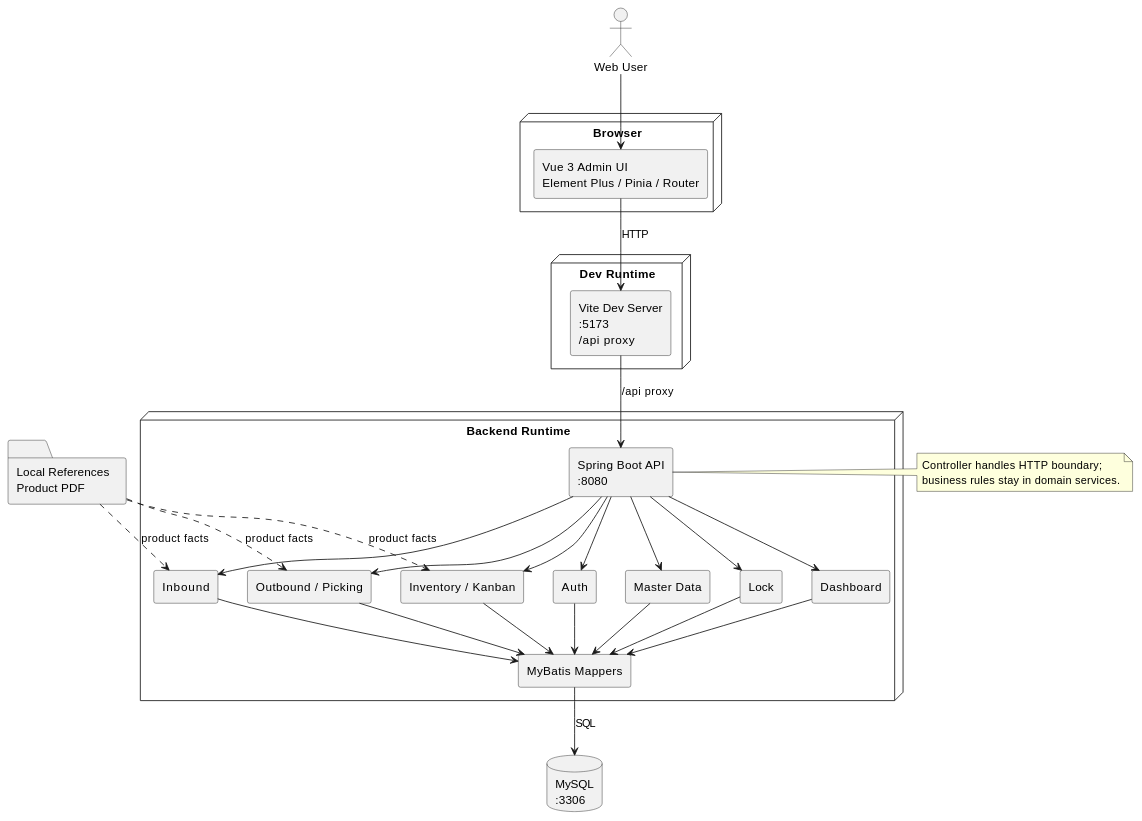
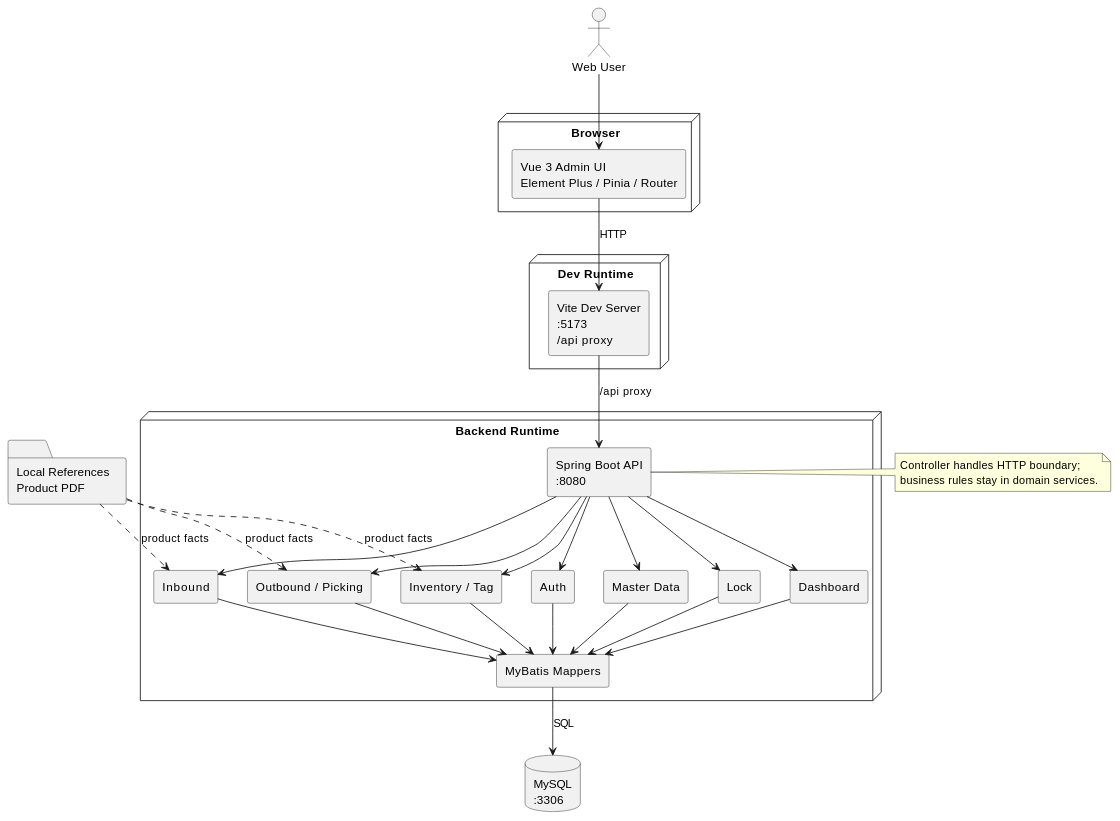
The diagram in ARCHITECTURE.md (mistcoversmyeyes/SCUT-SoftWareDevelopTrain-Main), drawn with PlantUML before and after one commit. The commit also changed other lines of this file and 11 other files, not shown here.

Commit message:
refactor(inventory-tag): remove legacy kanban compatibility

````diff
--- a/ARCHITECTURE.md
+++ b/ARCHITECTURE.md
@@ -64,61 +64,61 @@
 ```plantuml
 @startuml WmsArchitecture
 skinparam componentStyle rectangle
 skinparam shadowing false
 
 actor "Web User" as User
 
 node "Browser" as Browser {
   component "Vue 3 Admin UI\nElement Plus / Pinia / Router" as Frontend
 }
 
 node "Dev Runtime" as DevRuntime {
   component "Vite Dev Server\n:5173\n/api proxy" as Vite
 }
 
 node "Backend Runtime" as BackendRuntime {
   component "Spring Boot API\n:8080" as Api
   component "Auth" as Auth
   component "Master Data" as MasterData
   component "Inbound" as Inbound
   component "Outbound / Picking" as Outbound
   component "Lock" as Lock
-  component "Inventory / Kanban" as Inventory
+  component "Inventory / Tag" as Inventory
   component "Dashboard" as Dashboard
   component "MyBatis Mappers" as Mappers
 }
 
 database "MySQL\n:3306" as MySQL
 folder "Local References\nProduct PDF" as References
 
 User --> Frontend
 Frontend --> Vite : HTTP
 Vite --> Api : /api proxy
 
 Api --> Auth
 Api --> MasterData
 Api --> Inbound
 Api --> Outbound
 Api --> Lock
 Api --> Inventory
 Api --> Dashboard
 
 Auth --> Mappers
 MasterData --> Mappers
 Inbound --> Mappers
 Outbound --> Mappers
 Lock --> Mappers
 Inventory --> Mappers
 Dashboard --> Mappers
 Mappers --> MySQL : SQL
 
 References ..> Inbound : product facts
 References ..> Outbound : product facts
 References ..> Inventory : product facts
 
 note right of Api
   Controller handles HTTP boundary;
   business rules stay in domain services.
 end note
 @enduml
 ```
````
